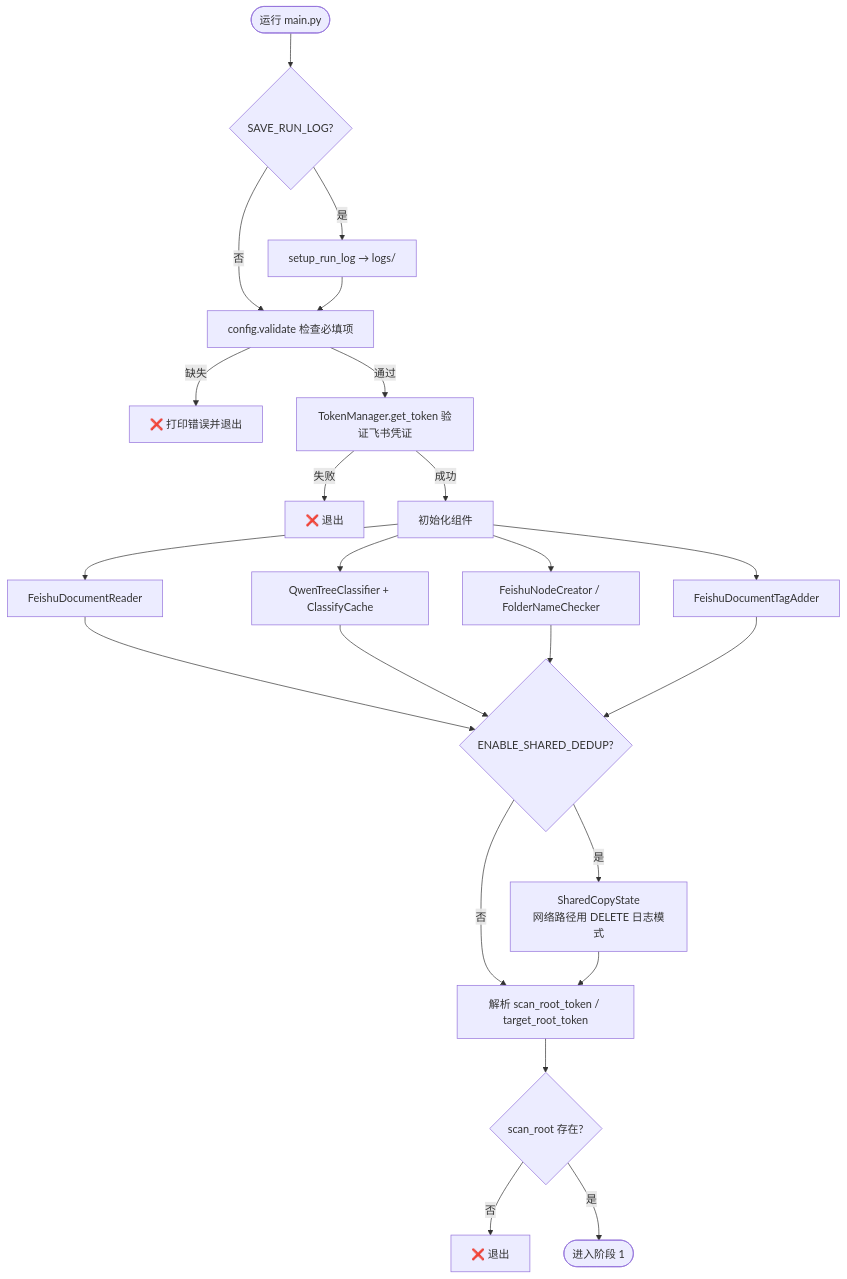
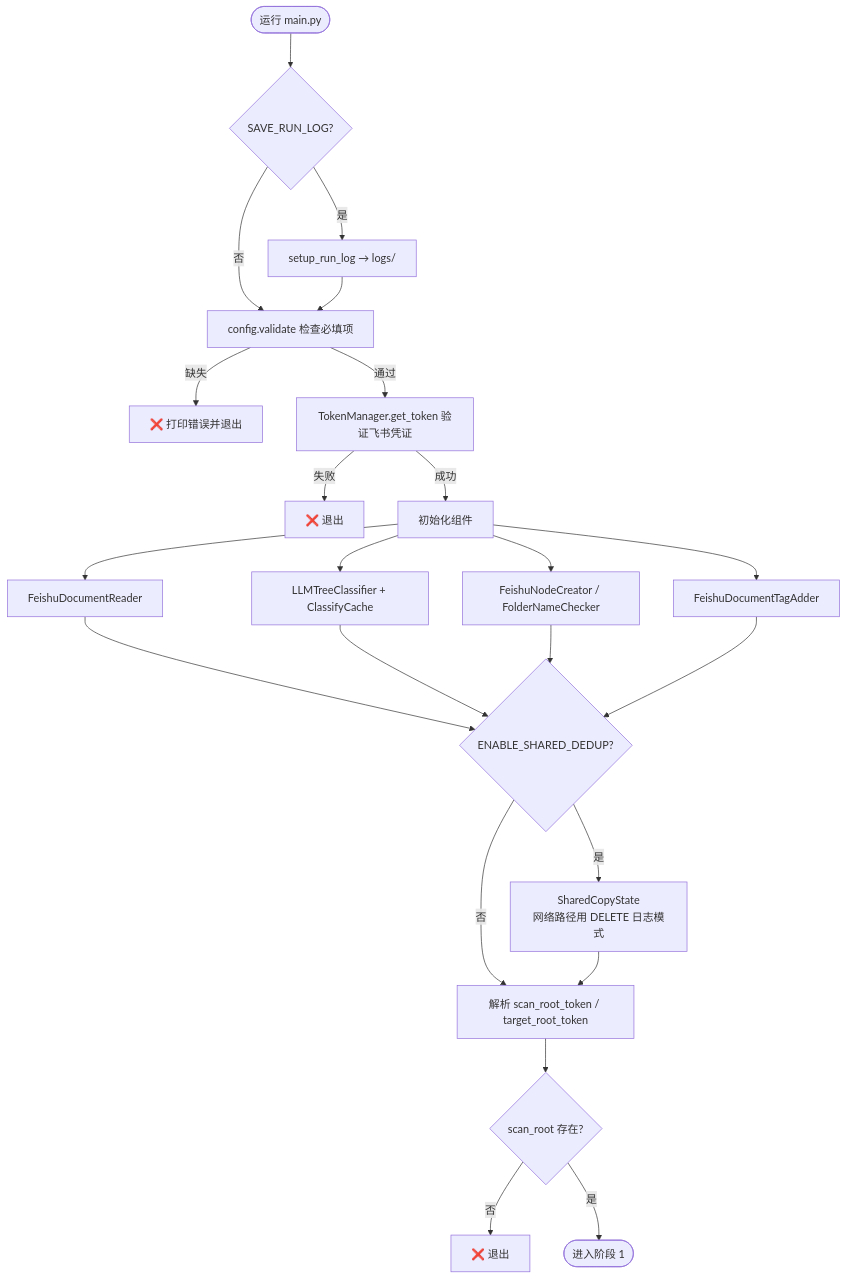
Before and after one commit to Leonard49/AI_DocClassifier: the second of 10 diagrams in docs/AI_DocClassifier说明文档.md, drawn with Mermaid. The commit also changed other lines of this file and 5 other files, not shown here.

First line of the commit message:
Replace Qwen-specific classifier with generic LLM tree classifier and configurable model settings.

````diff
--- a/docs/AI_DocClassifier说明文档.md
+++ b/docs/AI_DocClassifier说明文档.md
@@ -523,27 +528,27 @@
 ```mermaid
 flowchart TD
     S0([运行 main.py]) --> S1{SAVE_RUN_LOG?}
     S1 -->|是| S2[setup_run_log → logs/]
     S1 -->|否| S3
     S2 --> S3[config.validate 检查必填项]
     S3 -->|缺失| S3E[❌ 打印错误并退出]
     S3 -->|通过| S4[TokenManager.get_token 验证飞书凭证]
 
     S4 -->|失败| S4E[❌ 退出]
     S4 -->|成功| S5[初始化组件]
     S5 --> S5A[FeishuDocumentReader]
-    S5 --> S5B[QwenTreeClassifier + ClassifyCache]
+    S5 --> S5B[LLMTreeClassifier + ClassifyCache]
     S5 --> S5C[FeishuNodeCreator / FolderNameChecker]
     S5 --> S5D[FeishuDocumentTagAdder]
 
     S5A --> S6{ENABLE_SHARED_DEDUP?}
     S5B --> S6
     S5C --> S6
     S5D --> S6
     S6 -->|是| S7[SharedCopyState<br/>网络路径用 DELETE 日志模式]
     S6 -->|否| S8
     S7 --> S8[解析 scan_root_token / target_root_token]
     S8 --> S8A{scan_root 存在?}
     S8A -->|否| S8E[❌ 退出]
     S8A -->|是| S9([进入阶段 1])
 ```
````
